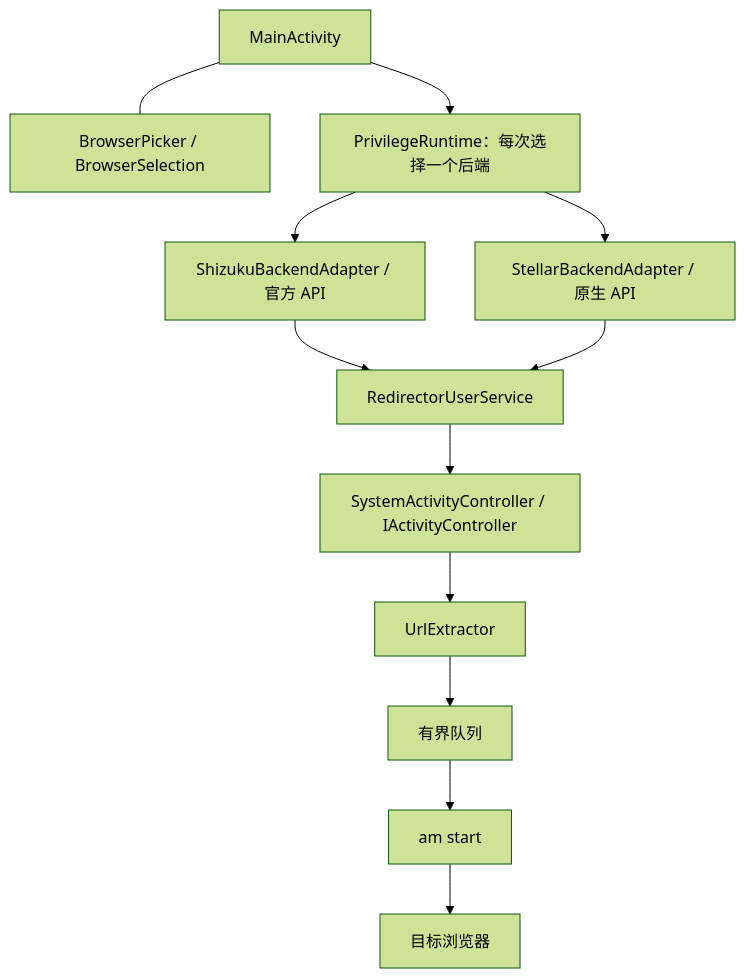
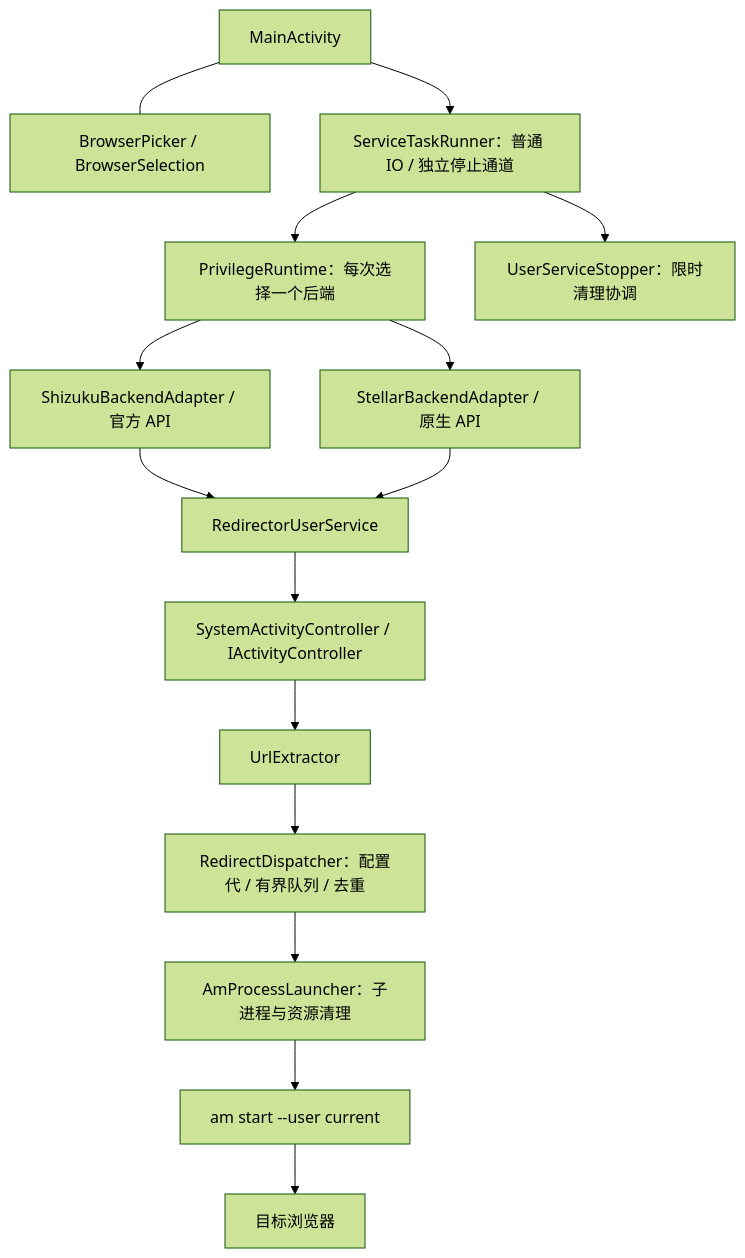
One commit to XiaoLeXLDW/fuck-mi-aicr-default-browser changed the diagram in docs/wiki/Architecture.md. Above: the diagram before and after it, drawn with Mermaid (forest theme). The commit also changed other lines of this file and 71 other files, not shown here.

````diff
--- a/docs/wiki/Architecture.md
+++ b/docs/wiki/Architecture.md
@@ -5,14 +5,17 @@
 ```mermaid
 flowchart TD
     UI[MainActivity] --- Picker[BrowserPicker / BrowserSelection]
-    UI --> Runtime[PrivilegeRuntime：每次选择一个后端]
+    UI --> Tasks[ServiceTaskRunner：普通 IO / 独立停止通道]
+    Tasks --> Runtime[PrivilegeRuntime：每次选择一个后端]
+    Tasks --> Stopper[UserServiceStopper：限时清理协调]
     Runtime --> Shizuku[ShizukuBackendAdapter / 官方 API]
     Runtime --> Stellar[StellarBackendAdapter / 原生 API]
     Shizuku --> Service[RedirectorUserService]
     Stellar --> Service
     Service --> Controller[SystemActivityController / IActivityController]
     Controller --> Extractor[UrlExtractor]
-    Extractor --> Queue[有界队列]
-    Queue --> Launch[am start]
-    Launch --> Browser[目标浏览器]
+    Extractor --> Queue[RedirectDispatcher：配置代 / 有界队列 / 去重]
+    Queue --> Launch[AmProcessLauncher：子进程与资源清理]
+    Launch --> Command[am start --user current]
+    Command --> Browser[目标浏览器]
 ```
````
